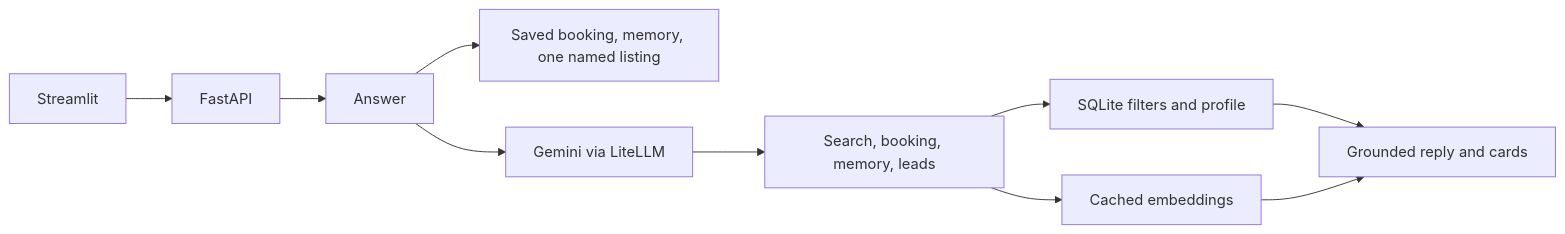
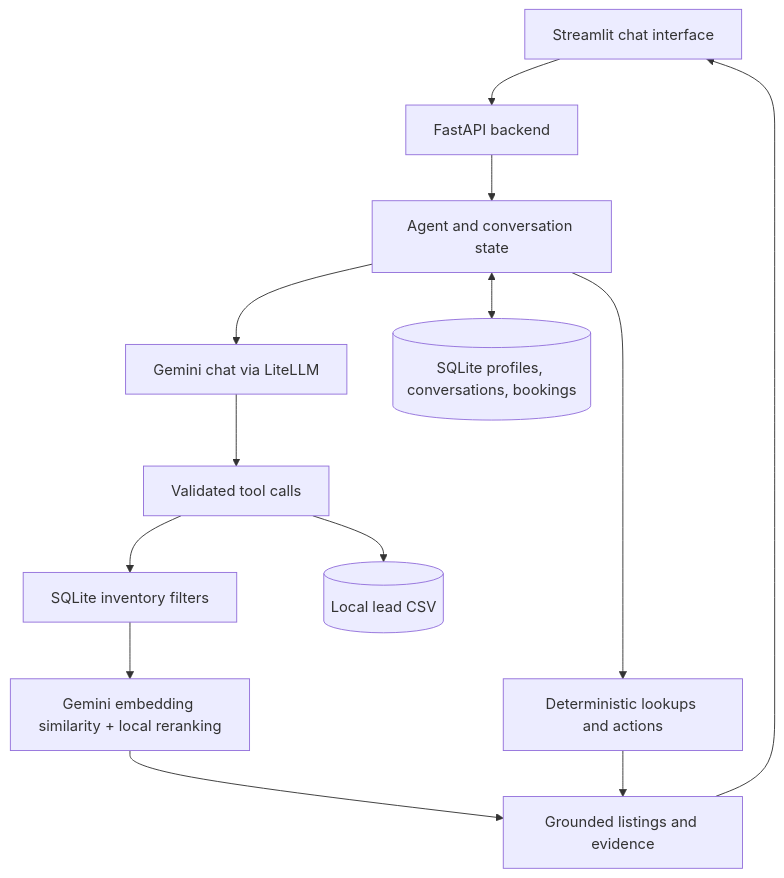
Before and after one commit to renadsameh24/Dubizzle-car-assistant-: the diagram in README.md, drawn with Mermaid. The commit also changed other lines of this file, not shown here.

````diff
--- a/README.md
+++ b/README.md
@@ -94,12 +20,15 @@
 ```mermaid
-flowchart LR
-  UI[Streamlit] --> API[FastAPI]
-  API --> Agent[Answer]
-  Agent --> Local[Saved booking, memory, one named listing]
-  Agent --> Gemini[Gemini via LiteLLM]
-  Gemini --> Tools[Search, booking, memory, leads]
-  Tools --> SQL[SQLite filters and profile]
-  Tools --> Emb[Cached embeddings]
-  SQL --> Reply[Grounded reply and cards]
-  Emb --> Reply
+flowchart TD
+    UI[Streamlit chat interface] --> API[FastAPI backend]
+    API --> Agent[Agent and conversation state]
+    Agent --> Direct[Deterministic lookups and actions]
+    Agent --> LLM[Gemini chat via LiteLLM]
+    LLM --> Tools[Validated tool calls]
+    Tools --> SQL[SQLite inventory filters]
+    SQL --> Rank[Gemini embedding similarity + local reranking]
+    Rank --> Results[Grounded listings and evidence]
+    Direct --> Results
+    Results --> UI
+    Agent <--> Memory[(SQLite profiles, conversations, bookings)]
+    Tools --> Leads[(Local lead CSV)]
 ```
````
